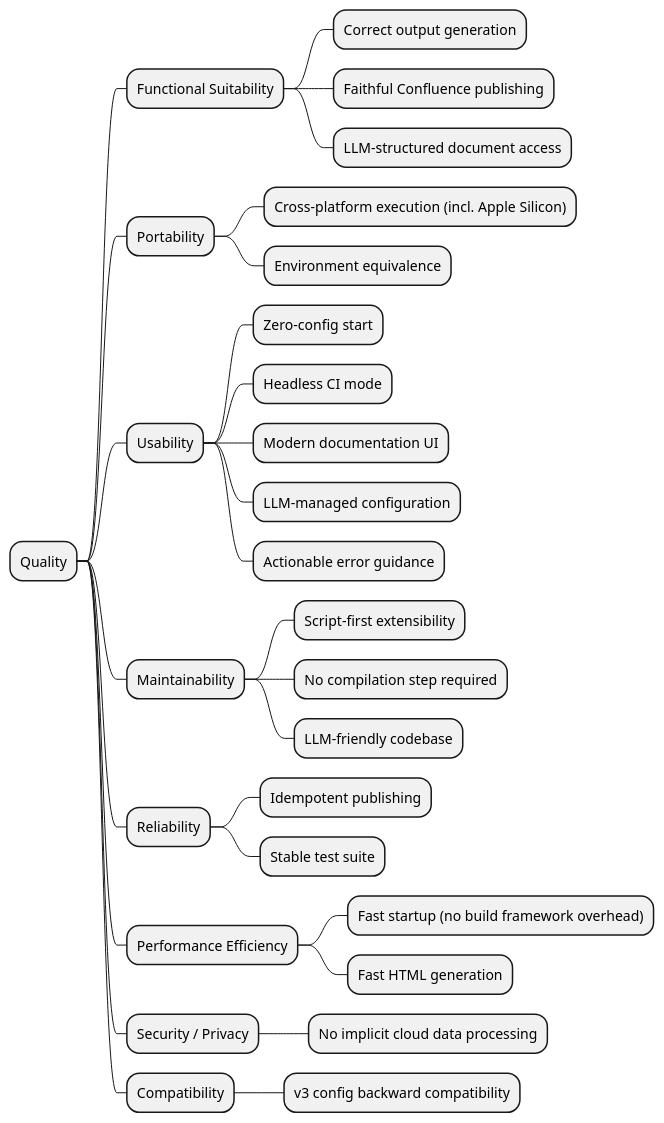
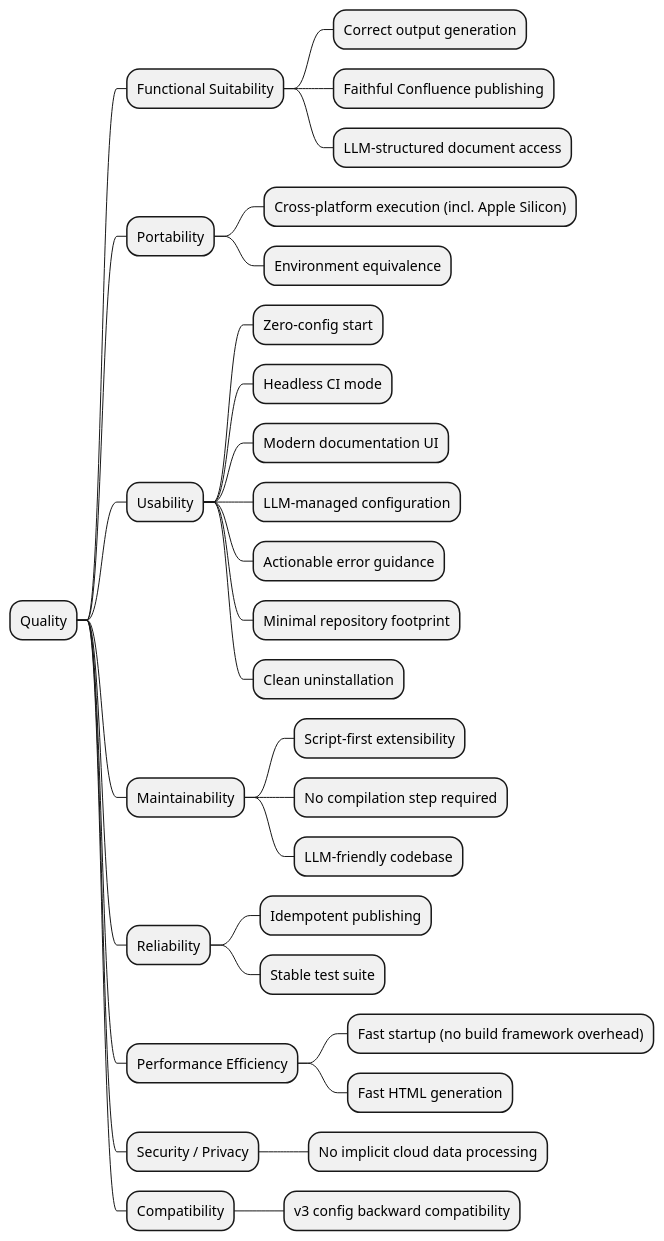
One commit to raifdmueller/docToolchain changed the diagram in src/docs/arc42/chapters/10_quality_requirements.adoc. Above: the diagram before and after it, drawn with PlantUML. The commit also changed other lines of this file and 1 other file, not shown here.

First line of the commit message:
docs: add QS-18 (minimal repo footprint) and QS-19 (clean uninstall)

```diff
--- a/src/docs/arc42/chapters/10_quality_requirements.adoc
+++ b/src/docs/arc42/chapters/10_quality_requirements.adoc
@@ -27,33 +27,35 @@
 [plantuml,quality-tree,png]
 ----
 @startmindmap
 * Quality
 ** Functional Suitability
 *** Correct output generation
 *** Faithful Confluence publishing
 *** LLM-structured document access
 ** Portability
 *** Cross-platform execution (incl. Apple Silicon)
 *** Environment equivalence
 ** Usability
 *** Zero-config start
 *** Headless CI mode
 *** Modern documentation UI
 *** LLM-managed configuration
 *** Actionable error guidance
+*** Minimal repository footprint
+*** Clean uninstallation
 ** Maintainability
 *** Script-first extensibility
 *** No compilation step required
 *** LLM-friendly codebase
 ** Reliability
 *** Idempotent publishing
 *** Stable test suite
 ** Performance Efficiency
 *** Fast startup (no build framework overhead)
 *** Fast HTML generation
 ** Security / Privacy
 *** No implicit cloud data processing
 ** Compatibility
 *** v3 config backward compatibility
 @endmindmap
 ----
```
